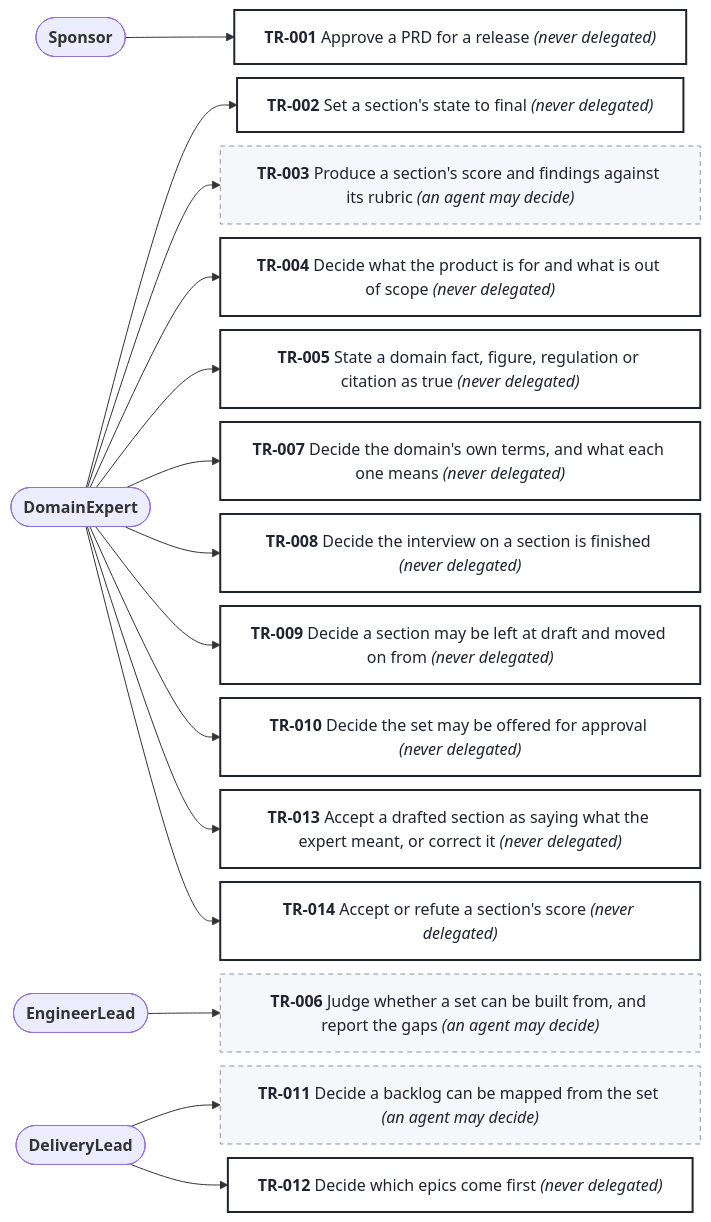
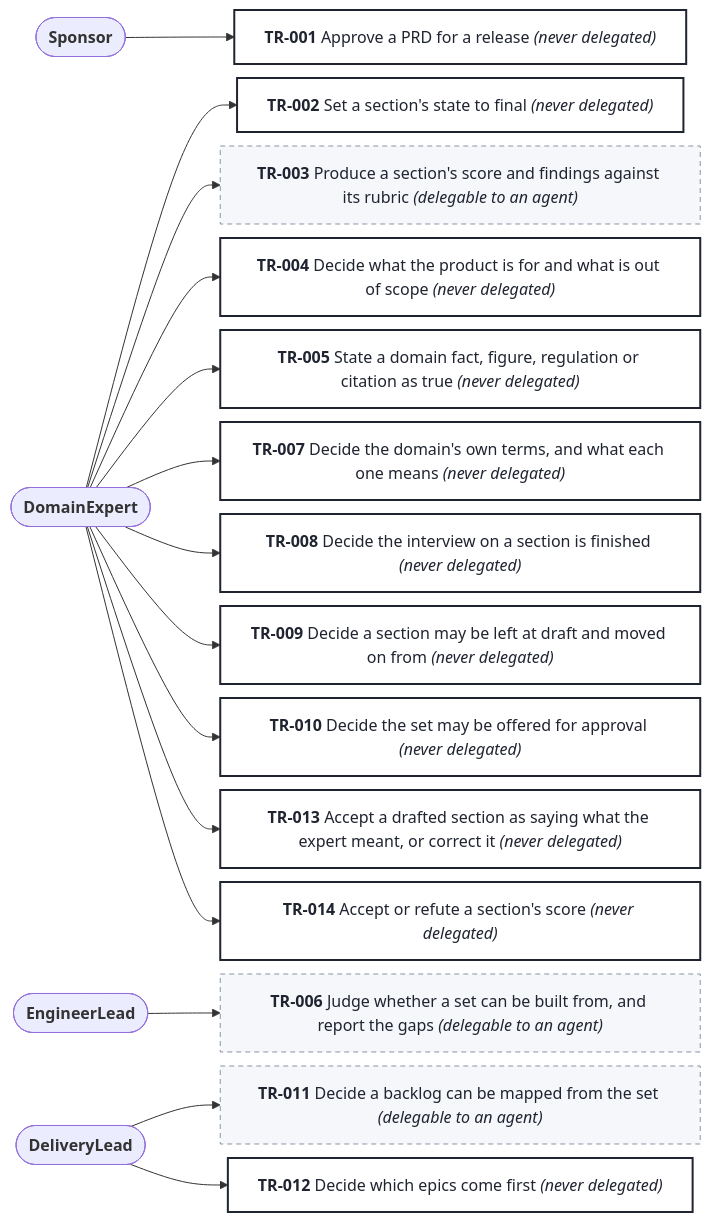
One commit to SpillwaveSolutions/prd-forge changed the diagram in docs/prd/prd-forge/diagrams/decision-rights.mmd. Above: the diagram before and after it, drawn with Mermaid. The commit also changed 33 other files, not shown here.

```diff
--- a/docs/prd/prd-forge/diagrams/decision-rights.mmd
+++ b/docs/prd/prd-forge/diagrams/decision-rights.mmd
@@ -1,52 +1,52 @@
 %% Generated by prd-diagrams.mjs from the decision rights front matter. Do not edit.
 %%{init: {"flowchart": {"wrappingWidth": 420, "nodeSpacing": 14, "rankSpacing": 70}}}%%
 flowchart LR
   APER003(["<b>Sponsor</b>"])
   APER001(["<b>DomainExpert</b>"])
   APER002(["<b>EngineerLead</b>"])
   APER004(["<b>DeliveryLead</b>"])
   DTR001["<b>TR-001</b> Approve a PRD for a release <i>(never delegated)</i>"]
   APER003 --> DTR001
   DTR002["<b>TR-002</b> Set a section's state to final <i>(never delegated)</i>"]
   APER001 --> DTR002
-  DTR003["<b>TR-003</b> Produce a section's score and findings against its rubric <i>(an agent may decide)</i>"]
+  DTR003["<b>TR-003</b> Produce a section's score and findings against its rubric <i>(delegable to an agent)</i>"]
   APER001 --> DTR003
   DTR004["<b>TR-004</b> Decide what the product is for and what is out of scope <i>(never delegated)</i>"]
   APER001 --> DTR004
   DTR005["<b>TR-005</b> State a domain fact, figure, regulation or citation as true <i>(never delegated)</i>"]
   APER001 --> DTR005
-  DTR006["<b>TR-006</b> Judge whether a set can be built from, and report the gaps <i>(an agent may decide)</i>"]
+  DTR006["<b>TR-006</b> Judge whether a set can be built from, and report the gaps <i>(delegable to an agent)</i>"]
   APER002 --> DTR006
   DTR007["<b>TR-007</b> Decide the domain's own terms, and what each one means <i>(never delegated)</i>"]
   APER001 --> DTR007
   DTR008["<b>TR-008</b> Decide the interview on a section is finished <i>(never delegated)</i>"]
   APER001 --> DTR008
   DTR009["<b>TR-009</b> Decide a section may be left at draft and moved on from <i>(never delegated)</i>"]
   APER001 --> DTR009
   DTR010["<b>TR-010</b> Decide the set may be offered for approval <i>(never delegated)</i>"]
   APER001 --> DTR010
-  DTR011["<b>TR-011</b> Decide a backlog can be mapped from the set <i>(an agent may decide)</i>"]
+  DTR011["<b>TR-011</b> Decide a backlog can be mapped from the set <i>(delegable to an agent)</i>"]
   APER004 --> DTR011
   DTR012["<b>TR-012</b> Decide which epics come first <i>(never delegated)</i>"]
   APER004 --> DTR012
   DTR013["<b>TR-013</b> Accept a drafted section as saying what the expert meant, or correct it <i>(never delegated)</i>"]
   APER001 --> DTR013
   DTR014["<b>TR-014</b> Accept or refute a section's score <i>(never delegated)</i>"]
   APER001 --> DTR014
   classDef never fill:#FFFFFF,stroke:#1F2430,stroke-width:2px,color:#1F2430
   classDef agent fill:#F5F7FA,stroke:#8A94A6,stroke-dasharray:5 4,color:#1F2430
   classDef person fill:#F5F7FA,stroke:#8A94A6,color:#1F2430
   class DTR001 never
   class DTR002 never
   class DTR003 agent
   class DTR004 never
   class DTR005 never
   class DTR006 agent
   class DTR007 never
   class DTR008 never
   class DTR009 never
   class DTR010 never
   class DTR011 agent
   class DTR012 never
   class DTR013 never
   class DTR014 never
```
